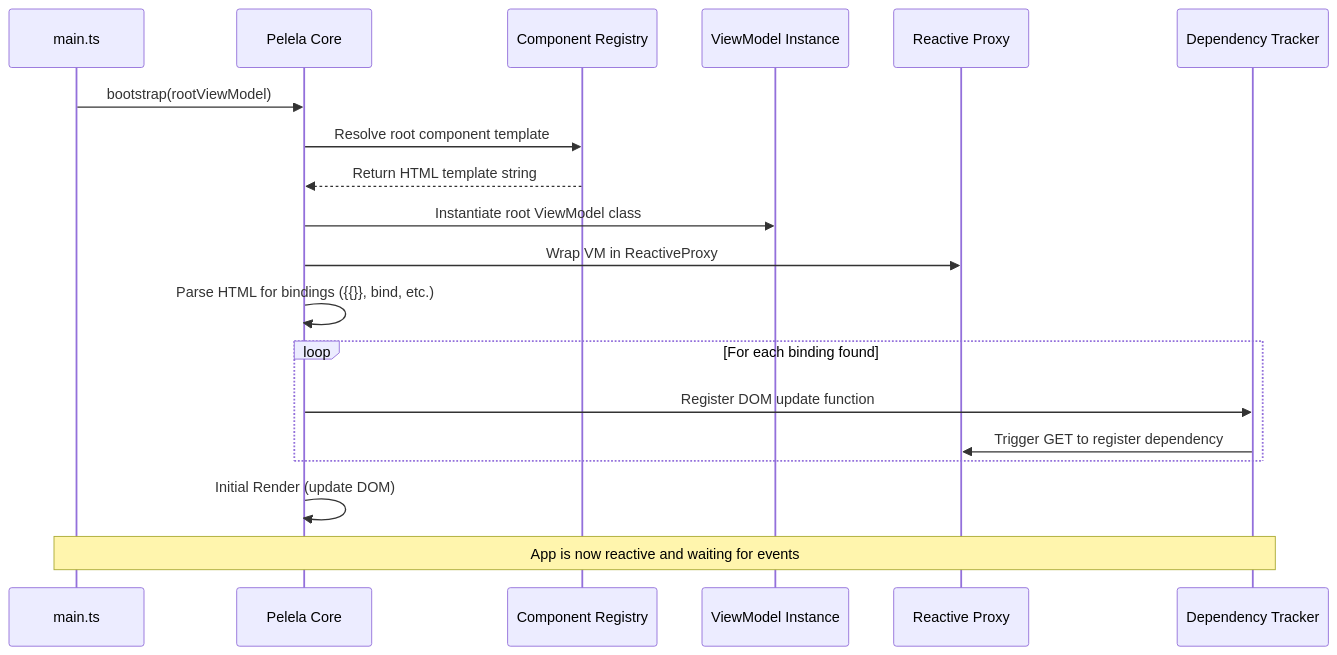
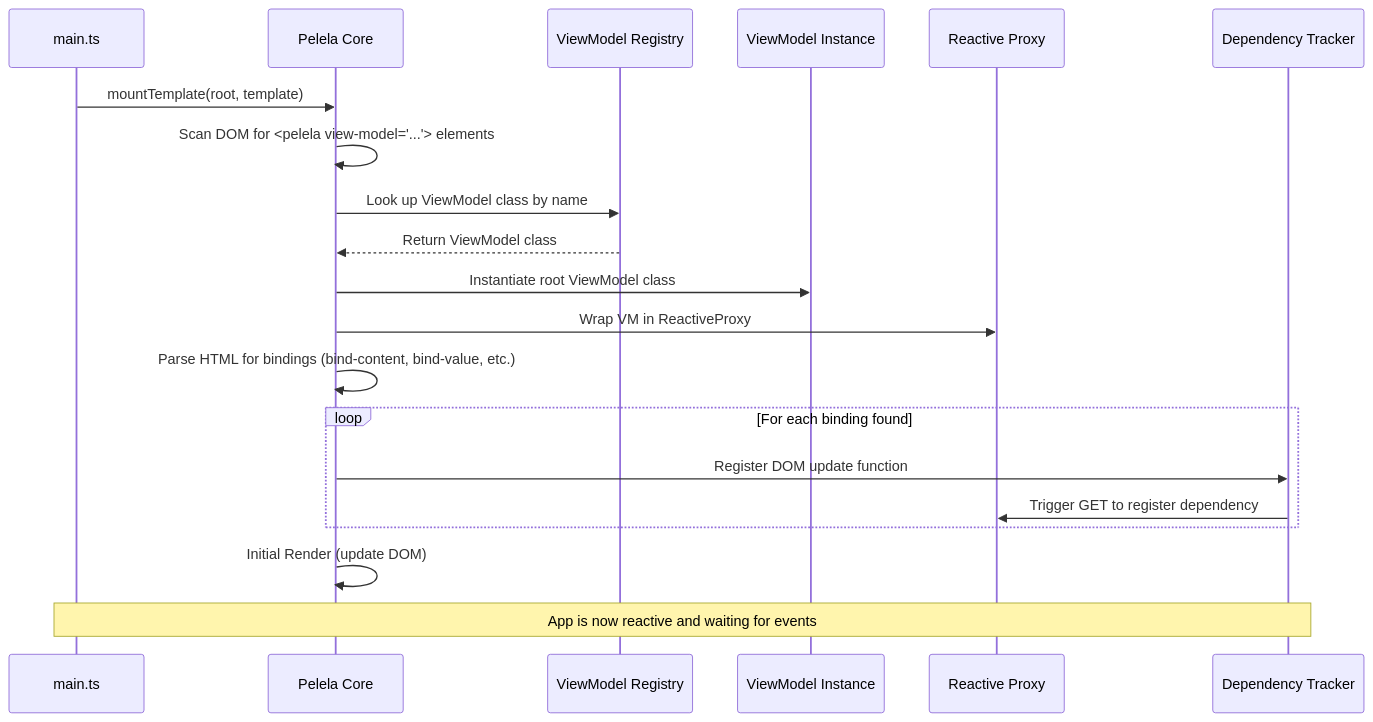
One commit to uqbar-project/pelelajs changed the fourth of 4 diagrams in docs/core/ARCHITECTURE.md. Above: the diagram before and after it, drawn with Mermaid. The commit also changed 6 other files, not shown here.

````diff
--- a/docs/core/ARCHITECTURE.md
+++ b/docs/core/ARCHITECTURE.md
@@ -86,24 +86,24 @@
 ```mermaid
 sequenceDiagram
     participant Main as main.ts
     participant Core as Pelela Core
-    participant Registry as Component Registry
+    participant Registry as ViewModel Registry
     participant VM as ViewModel Instance
     participant Proxy as Reactive Proxy
     participant Tracker as Dependency Tracker
-
-    Main->>Core: bootstrap(rootViewModel)
-    Core->>Registry: Resolve root component template
-    Registry-->>Core: Return HTML template string
+    Main->>Core: mountTemplate(root, template)
+    Core->>Core: Scan DOM for <pelela view-model="..."> elements
+    Core->>Registry: Look up ViewModel class by name
+    Registry-->>Core: Return ViewModel class
     Core->>VM: Instantiate root ViewModel class
     Core->>Proxy: Wrap VM in ReactiveProxy
-    Core->>Core: Parse HTML for bindings ({{}}, bind, etc.)
+    Core->>Core: Parse HTML for bindings (bind-content, bind-value, etc.)
     
     loop For each binding found
         Core->>Tracker: Register DOM update function
         Tracker->>Proxy: Trigger GET to register dependency
     end
     
     Core->>Core: Initial Render (update DOM)
     Note over Main, Tracker: App is now reactive and waiting for events
 ```
````
